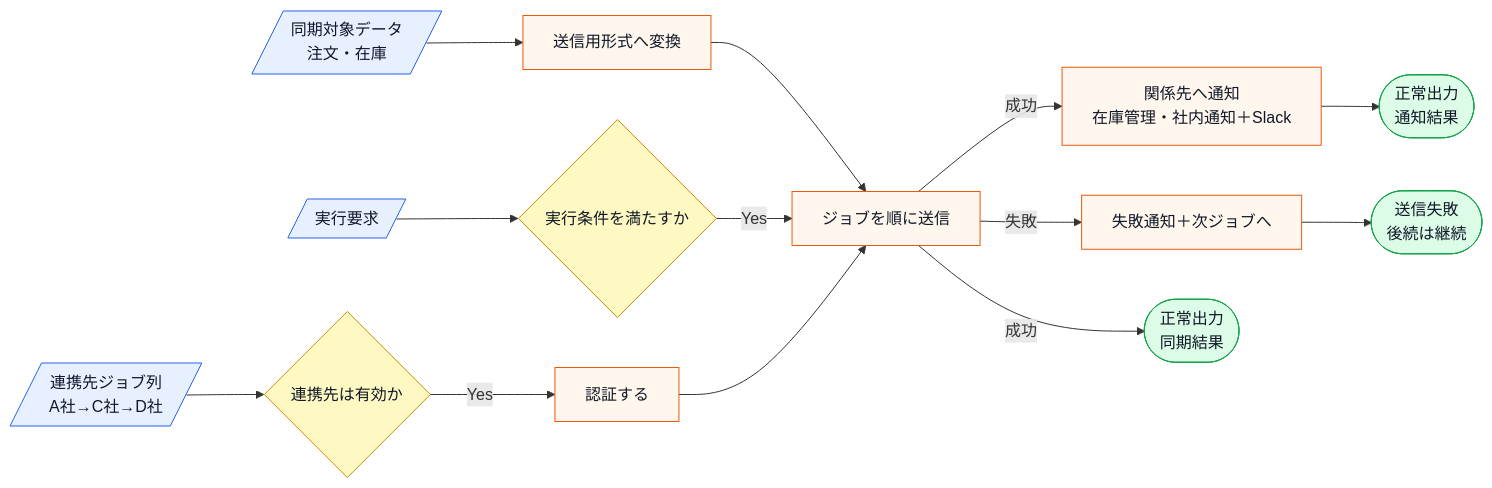
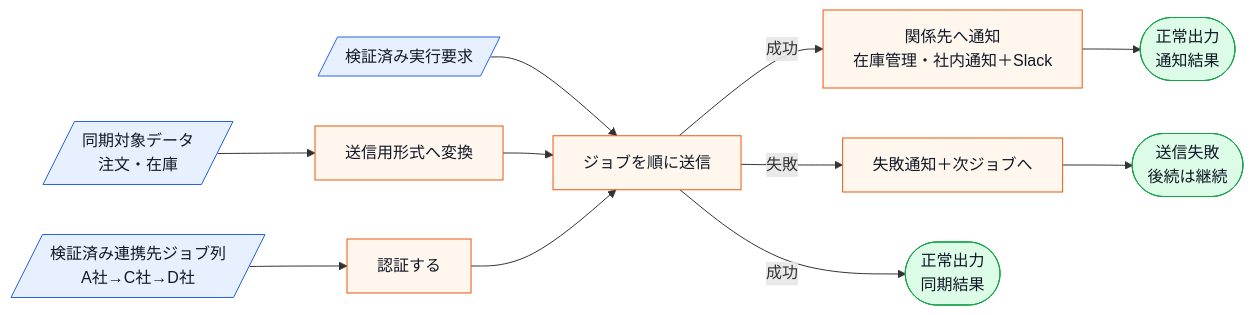
The fourth of 12 diagrams in kindle/design-patterns/output/chapter10.md (kumachan1101-pixel/DesignPattern), drawn with Mermaid before and after one commit. The commit also changed other lines of this file and 20 other files, not shown here.

````diff
--- a/kindle/design-patterns/output/chapter10.md
+++ b/kindle/design-patterns/output/chapter10.md
@@ -472,20 +470,18 @@
 ```mermaid
 flowchart LR
-    A[/連携先ジョブ列<br>A社→C社→D社/]:::input --> B{連携先は有効か}:::decision
+    A[/検証済み連携先ジョブ列<br>A社→C社→D社/]:::input --> G[認証する]:::process
     C[/同期対象データ<br>注文・在庫/]:::input --> D[送信用形式へ変換]:::process
-    E[/実行要求/]:::input --> F{実行条件を満たすか}:::decision
-    B -->|Yes| G[認証する]:::process
+    E[/検証済み実行要求/]:::input --> H
     D --> H[ジョブを順に送信]:::process
-    F -->|Yes| H
     G --> H
     H -->|成功| I[関係先へ通知<br>在庫管理・社内通知＋Slack]:::process
     H -->|失敗| L[失敗通知＋次ジョブへ]:::process
     H -->|成功| J([正常出力<br>同期結果]):::normal
     I --> K([正常出力<br>通知結果]):::normal
     L --> M([送信失敗<br>後続は継続]):::normal
 
     classDef input fill:#e7f0ff,stroke:#2563eb,color:#111827;
     classDef process fill:#fff7ed,stroke:#ea580c,color:#111827;
     classDef decision fill:#fef9c3,stroke:#ca8a04,color:#111827;
     classDef normal fill:#dcfce7,stroke:#16a34a,color:#111827;
 ```
````
